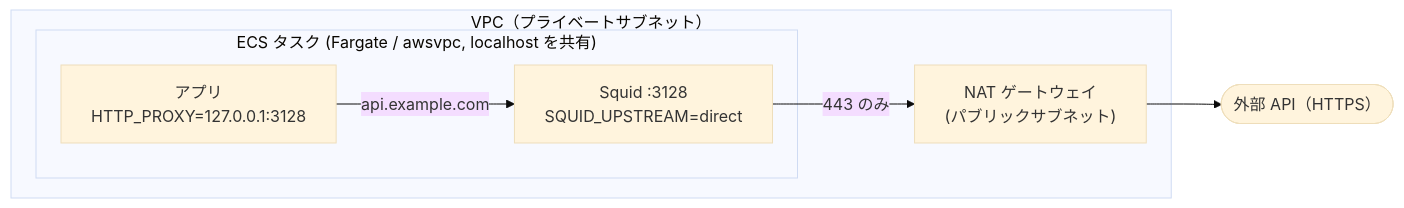
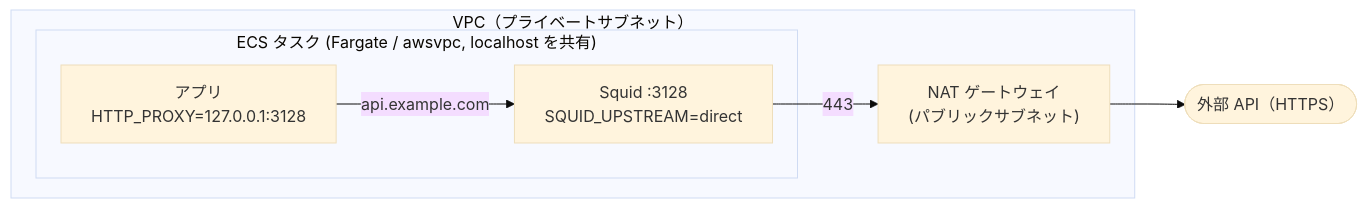
Before and after one commit to satoshi256kbyte/squid-wiremock-sidecar: the seventh of 7 diagrams in docs/解説記事.md, drawn with Mermaid (base theme). The commit also changed other lines of this file and 3 other files, not shown here.

````diff
--- a/docs/解説記事.md
+++ b/docs/解説記事.md
@@ -598,13 +602,13 @@
 ```mermaid
 flowchart LR
   subgraph VPC["VPC（プライベートサブネット）"]
     subgraph Task["ECS タスク (Fargate / awsvpc, localhost を共有)"]
       App["アプリ<br/>HTTP_PROXY=127.0.0.1:3128"]
       Squid["Squid :3128<br/>SQUID_UPSTREAM=direct"]
       App -->|"api.example.com"| Squid
     end
     NAT["NAT ゲートウェイ<br/>(パブリックサブネット)"]
-    Squid -->|"443 のみ"| NAT
+    Squid -->|"443"| NAT
   end
   NAT --> API(["外部 API（HTTPS）"])
 ```
````
